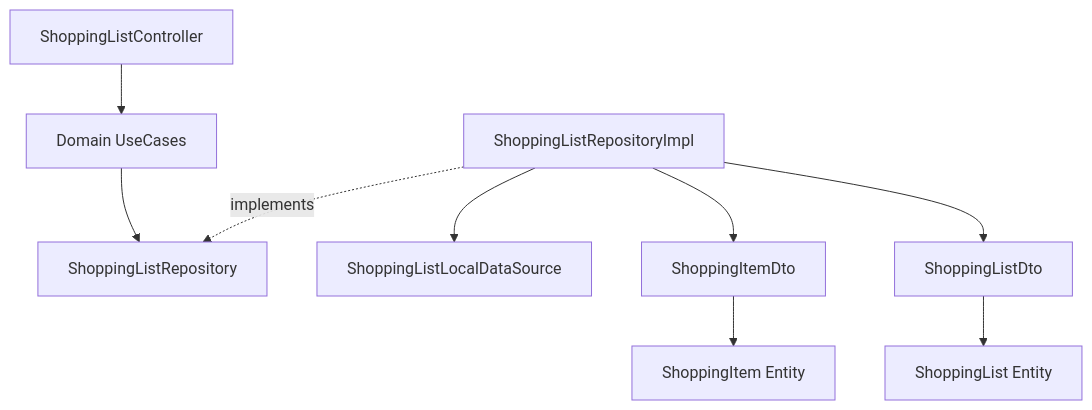
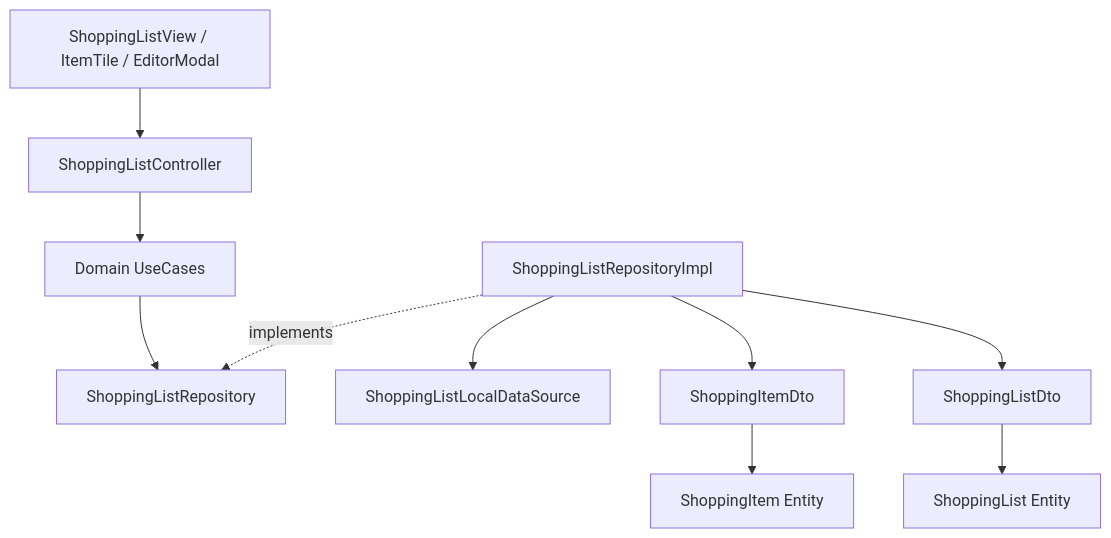
The diagram in docs/shopping_list.md (guyc2/ShoppingExplore), drawn with Mermaid before and after one commit. The commit also changed other lines of this file and 9 other files, not shown here.

Commit message:
feat: implement Sprint 3 UI Presentation Layer and rich item editor

````diff
--- a/docs/shopping_list.md
+++ b/docs/shopping_list.md
@@ -23,11 +27,12 @@
 ```mermaid
 flowchart TD
-    Controller[ShoppingListController] --> UseCases[Domain UseCases]
+    UI[ShoppingListView / ItemTile / EditorModal] --> Controller[ShoppingListController]
+    Controller --> UseCases[Domain UseCases]
     UseCases --> RepoInterface[ShoppingListRepository]
     RepoImpl[ShoppingListRepositoryImpl] -. implements .-> RepoInterface
     RepoImpl --> LocalDS[ShoppingListLocalDataSource]
     RepoImpl --> ItemDto[ShoppingItemDto]
     ItemDto --> ItemEntity[ShoppingItem Entity]
     RepoImpl --> ListDto[ShoppingListDto]
     ListDto --> ListEntity[ShoppingList Entity]
 ```
````
